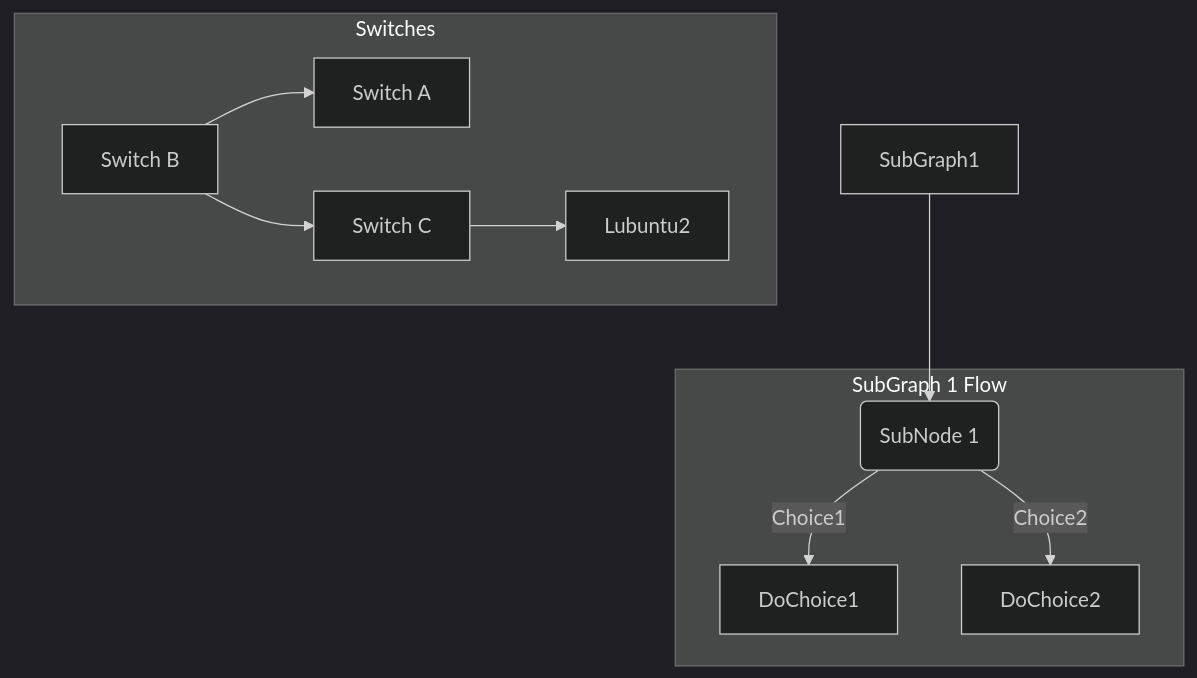
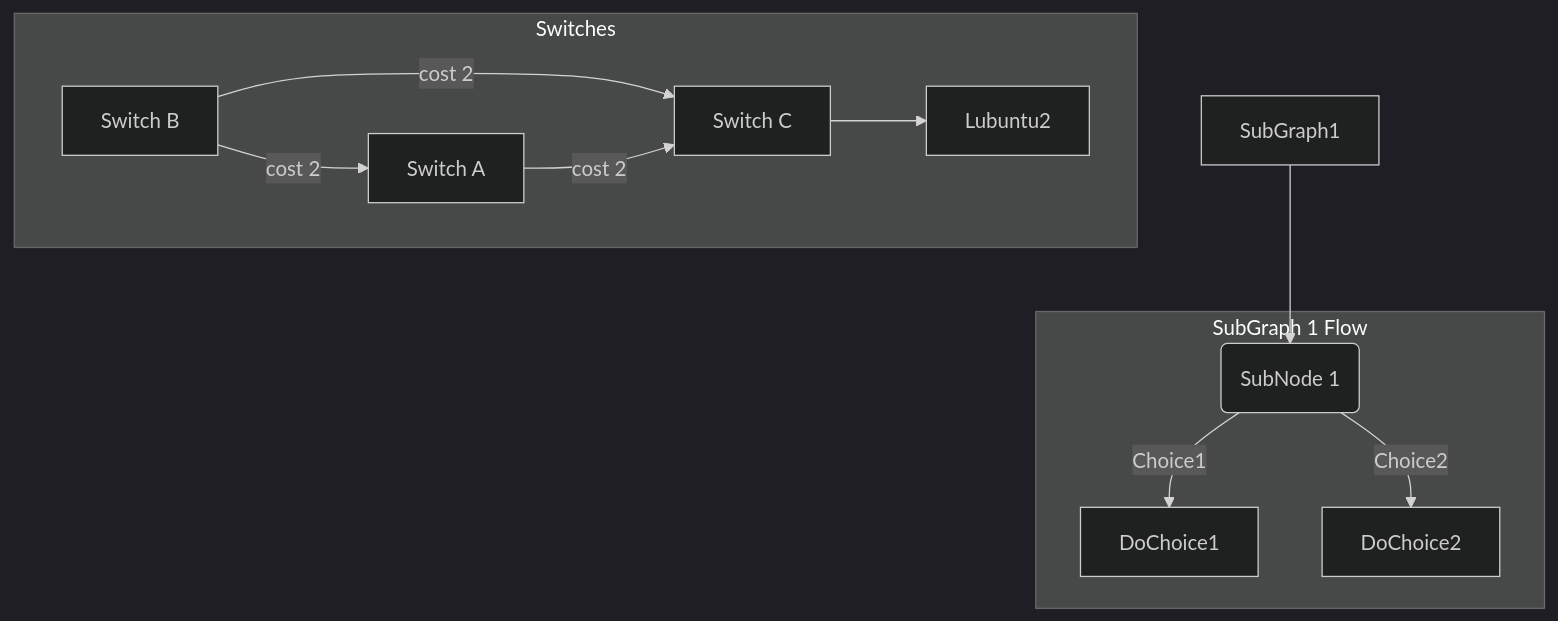
One commit to Kjersheim/DataNetworksIntro2023 changed the diagram in documentation/E07.md. Above: the diagram before and after it, drawn with Mermaid (dark theme). The commit also changed other lines of this file, not shown here.

Commit message:
E07 Path cost

````diff
--- a/documentation/E07.md
+++ b/documentation/E07.md
@@ -418,16 +419,17 @@
 ```mermaid
 	graph TB
 
 	  SubGraph1 --> SubGraph1Flow
 	  subgraph "SubGraph 1 Flow"
 	  SubGraph1Flow(SubNode 1)
 	  SubGraph1Flow -- Choice1 --> DoChoice1
 	  SubGraph1Flow -- Choice2 --> DoChoice2
 	  end
 
 	  subgraph "Switches"
-	  Node1[Switch B] --> Node2[Switch A]
-	  Node1[Switch B] --> Node3[Switch C]
+	  Node1[Switch B] -- cost 2 --> Node2[Switch A]
+	  Node1[Switch B] -- cost 2 --> Node3[Switch C]
+	  Node2[Switch A] -- cost 2 --> Node3[Switch C]
 	  Node3 --> Lubuntu2[Lubuntu2]
 	end
 ```
````
